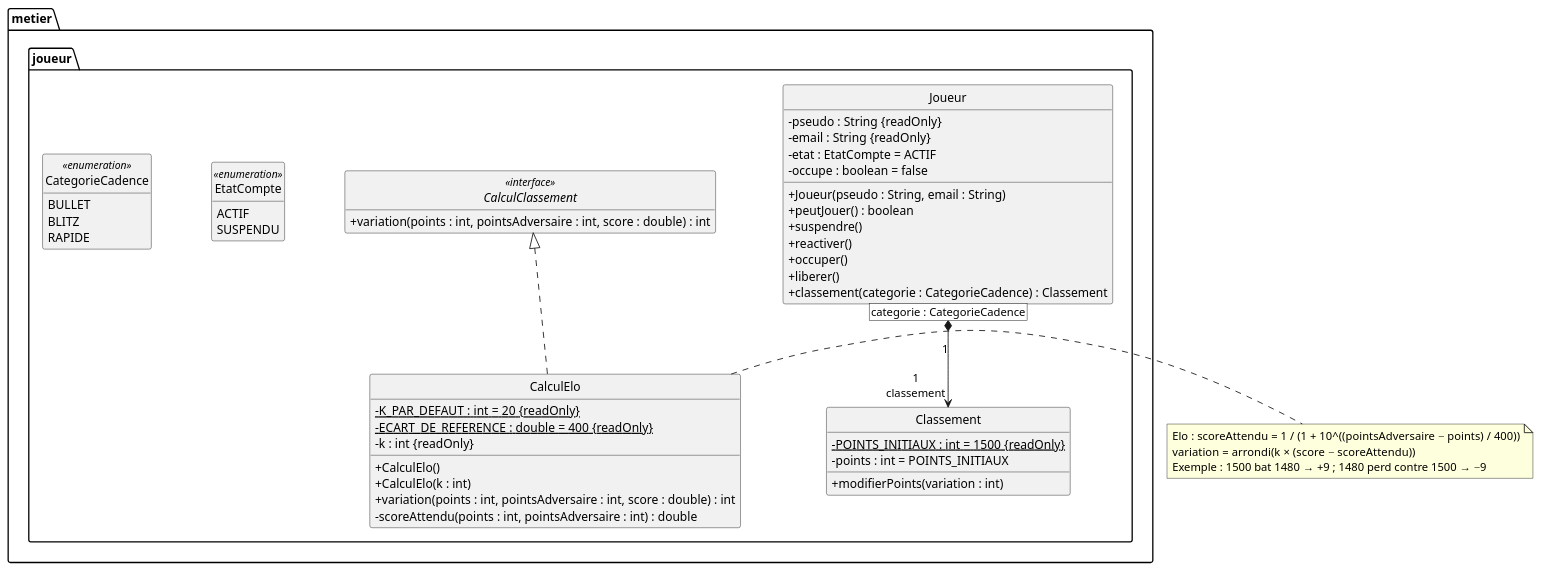
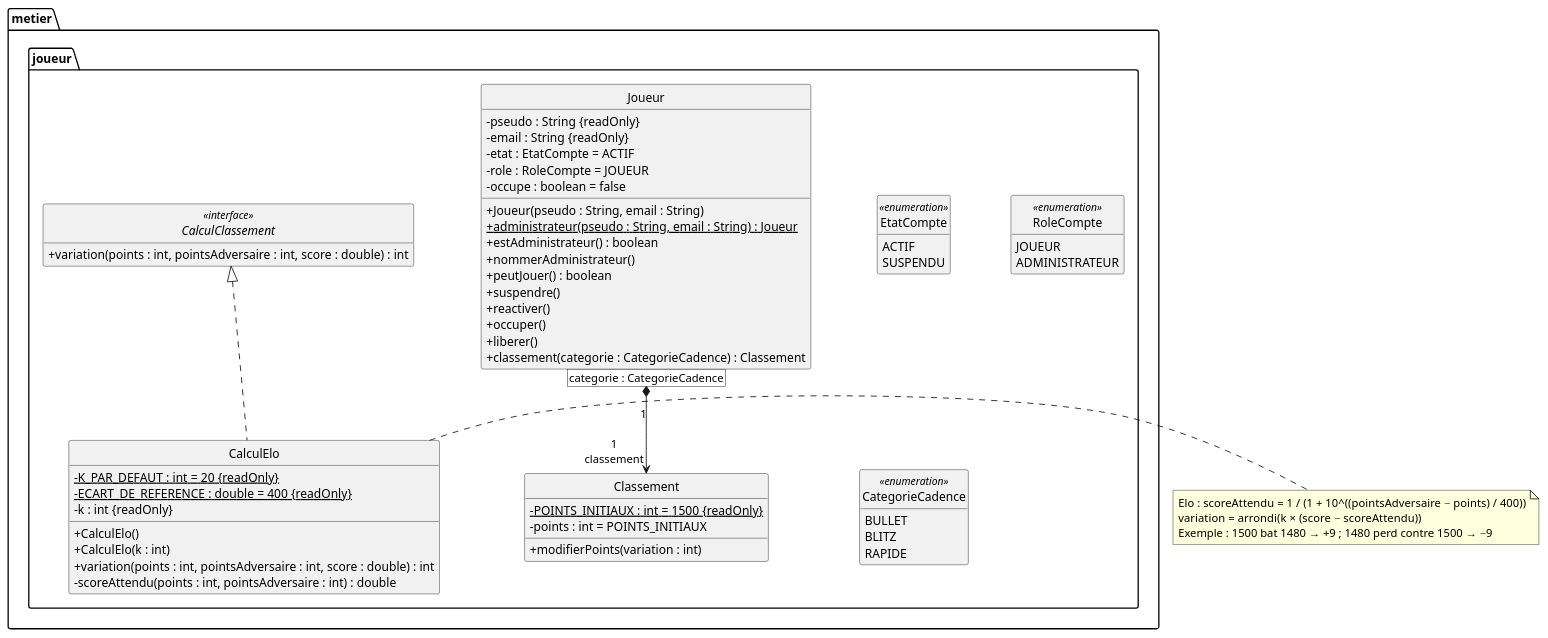
Before and after one commit to kevinBissouth/projet_echecs_tic315: the diagram in diagrams/classes-conception-joueur.puml, drawn with PlantUML. The commit also changed 13 other files, not shown here.

Commit message:
docs: add the administrator role and google to the diagrams

```diff
--- a/diagrams/classes-conception-joueur.puml
+++ b/diagrams/classes-conception-joueur.puml
@@ -1,78 +1,87 @@
 @startuml classes-conception-joueur
 ' Diagramme de classes de conception — package metier.joueur (jalon J4).
 ' Ce package ne dépend d'aucun autre : c'est metier.partie qui dépend de lui.
 ' Décisions justifiées dans docs/conception.md :
 ' - un joueur est identifié par son pseudo, unique par RG12 (equals, hashCode) ;
 ' - navigabilité Partie → Joueur seulement, pour éviter un cycle entre packages ;
 '   Joueur garde un indicateur « occupe », tenu à jour par la partie, qui suffit à
 '   peutJouer() (RG8, RG11) sans parcourir l'historique de ses parties ;
 ' - l'association qualifiée de l'analyse devient une Map<CategorieCadence, Classement>
 '   (un classement par famille de cadence, créés avec le joueur) ;
 ' - patron Stratégie : le calcul des points est délégué à CalculClassement (RG6).
 '   Formule retenue : Elo, K = 20, 1500 points au départ ; score 1 pour une victoire,
 '   0,5 pour une nulle, 0 pour une défaite.
 
 hide circle
 hide empty members
 skinparam classAttributeIconSize 0
 skinparam nodesep 70
 skinparam ranksep 60
 
 package metier.joueur {
 
   class Joueur {
     - pseudo : String {readOnly}
     - email : String {readOnly}
     - etat : EtatCompte = ACTIF
+    - role : RoleCompte = JOUEUR
     - occupe : boolean = false
     + Joueur(pseudo : String, email : String)
+    + {static} administrateur(pseudo : String, email : String) : Joueur
+    + estAdministrateur() : boolean
+    + nommerAdministrateur()
     + peutJouer() : boolean
     + suspendre()
     + reactiver()
     + occuper()
     + liberer()
     + classement(categorie : CategorieCadence) : Classement
   }
 
   class Classement {
     - {static} POINTS_INITIAUX : int = 1500 {readOnly}
     - points : int = POINTS_INITIAUX
     + modifierPoints(variation : int)
   }
 
   interface CalculClassement <<interface>> {
     + variation(points : int, pointsAdversaire : int, score : double) : int
   }
 
   class CalculElo {
     - {static} K_PAR_DEFAUT : int = 20 {readOnly}
     - {static} ECART_DE_REFERENCE : double = 400 {readOnly}
     - k : int {readOnly}
     + CalculElo()
     + CalculElo(k : int)
     + variation(points : int, pointsAdversaire : int, score : double) : int
     - scoreAttendu(points : int, pointsAdversaire : int) : double
   }
 
   enum EtatCompte <<enumeration>> {
     ACTIF
     SUSPENDU
   }
 
+  enum RoleCompte <<enumeration>> {
+    JOUEUR
+    ADMINISTRATEUR
+  }
+
   enum CategorieCadence <<enumeration>> {
     BULLET
     BLITZ
     RAPIDE
   }
 }
 
 Joueur [categorie : CategorieCadence] "\n\n1" *--> "1\nclassement" Classement
 CalculClassement <|.. CalculElo
 
 note right of CalculElo
   Elo : scoreAttendu = 1 / (1 + 10^((pointsAdversaire − points) / 400))
   variation = arrondi(k × (score − scoreAttendu))
   Exemple : 1500 bat 1480 → +9 ; 1480 perd contre 1500 → −9
 end note
 
 @enduml
```
